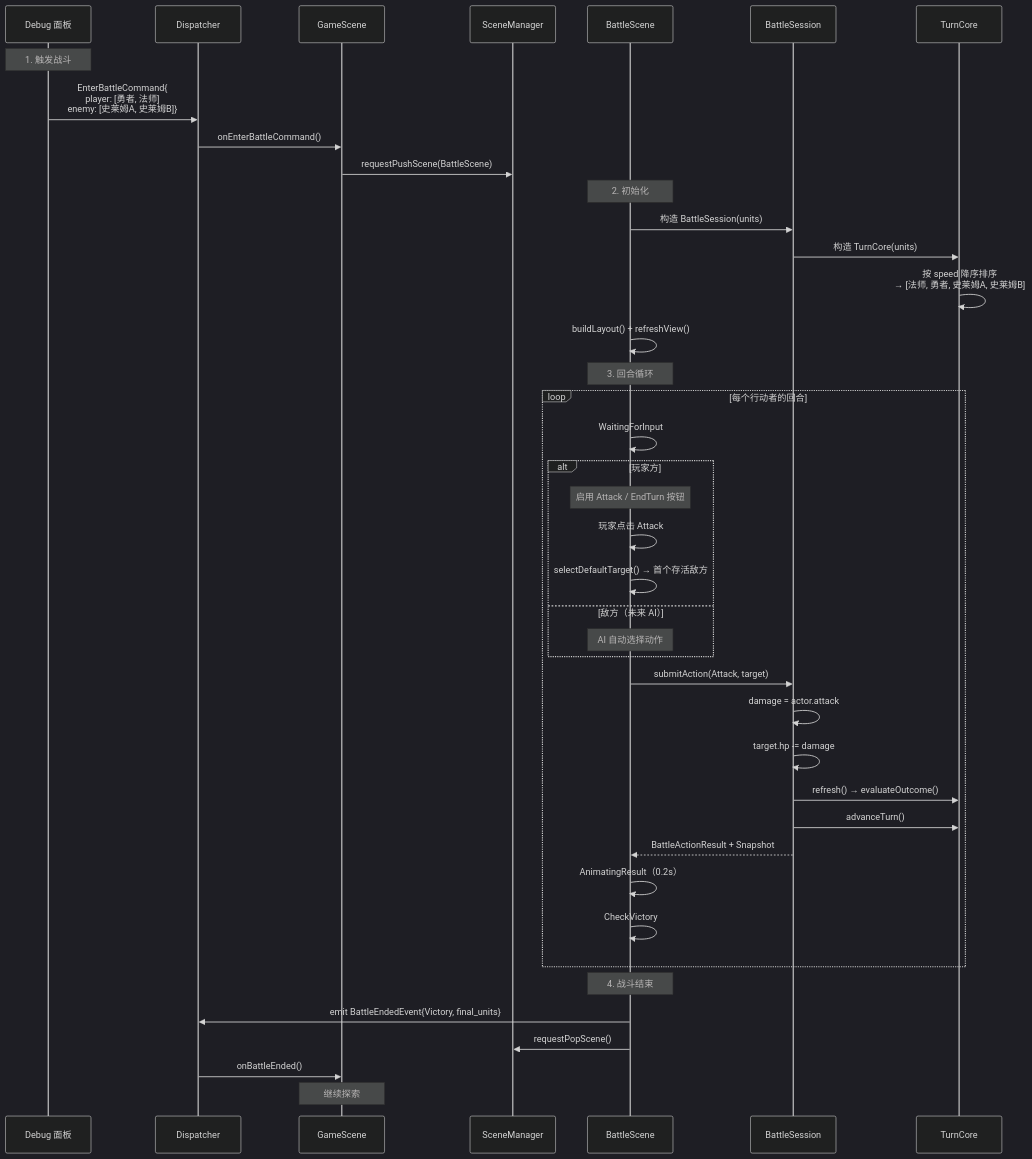
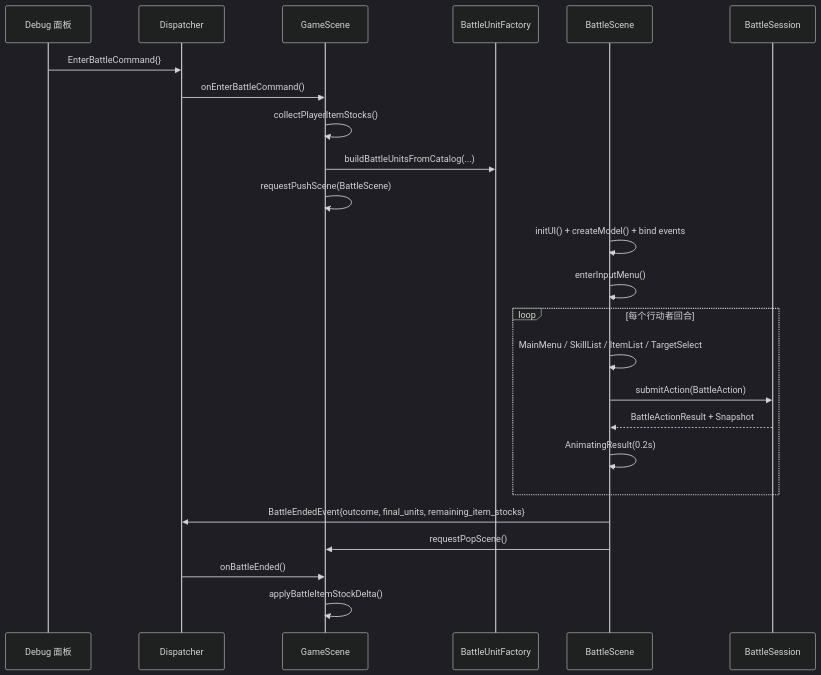
One commit to WispSnow/TinyFarmRPG changed the sixth of 6 diagrams in docs/gameplay/turn-based-battle.md. Above: the diagram before and after it, drawn with Mermaid (dark theme). The commit also changed other lines of this file, not shown here.

Commit message:
Refactor turn-based battle documentation for clarity and structure

````diff
--- a/docs/gameplay/turn-based-battle.md
+++ b/docs/gameplay/turn-based-battle.md
@@ -278,47 +282,30 @@
 ```mermaid
 sequenceDiagram
     participant DBG as Debug 面板
     participant D as Dispatcher
     participant GS as GameScene
-    participant SM as SceneManager
+    participant BUF as BattleUnitFactory
     participant BS as BattleScene
     participant SE as BattleSession
-    participant TC as TurnCore
 
-    Note over DBG: 1. 触发战斗
-    DBG->>D: EnterBattleCommand{<br/>  player: [勇者, 法师]<br/>  enemy: [史莱姆A, 史莱姆B]}
+    DBG->>D: EnterBattleCommand{}
     D->>GS: onEnterBattleCommand()
-    GS->>SM: requestPushScene(BattleScene)
+    GS->>GS: collectPlayerItemStocks()
+    GS->>BUF: buildBattleUnitsFromCatalog(...)
+    GS->>GS: requestPushScene(BattleScene)
 
-    Note over BS: 2. 初始化
-    BS->>SE: 构造 BattleSession(units)
-    SE->>TC: 构造 TurnCore(units)
-    TC->>TC: 按 speed 降序排序<br/>→ [法师, 勇者, 史莱姆A, 史莱姆B]
-    BS->>BS: buildLayout() + refreshView()
+    BS->>BS: initUI() + createModel() + bind events
+    BS->>BS: enterInputMenu()
 
-    Note over BS: 3. 回合循环
-    loop 每个行动者的回合
-        BS->>BS: WaitingForInput
-        alt 玩家方
-            Note over BS: 启用 Attack / EndTurn 按钮
-            BS->>BS: 玩家点击 Attack
-            BS->>BS: selectDefaultTarget() → 首个存活敌方
-        else 敌方（未来 AI）
-            Note over BS: AI 自动选择动作
-        end
-        BS->>SE: submitAction(Attack, target)
-        SE->>SE: damage = actor.attack
-        SE->>SE: target.hp -= damage
-        SE->>TC: refresh() → evaluateOutcome()
-        SE->>TC: advanceTurn()
+    loop 每个行动者回合
+        BS->>BS: MainMenu / SkillList / ItemList / TargetSelect
+        BS->>SE: submitAction(BattleAction)
         SE-->>BS: BattleActionResult + Snapshot
-        BS->>BS: AnimatingResult（0.2s）
-        BS->>BS: CheckVictory
+        BS->>BS: AnimatingResult(0.2s)
     end
 
-    Note over BS: 4. 战斗结束
-    BS->>D: emit BattleEndedEvent{Victory, final_units}
-    BS->>SM: requestPopScene()
+    BS->>D: BattleEndedEvent{outcome, final_units, remaining_item_stocks}
+    BS->>GS: requestPopScene()
     D->>GS: onBattleEnded()
-    Note over GS: 继续探索
+    GS->>GS: applyBattleItemStockDelta()
 ```
````
